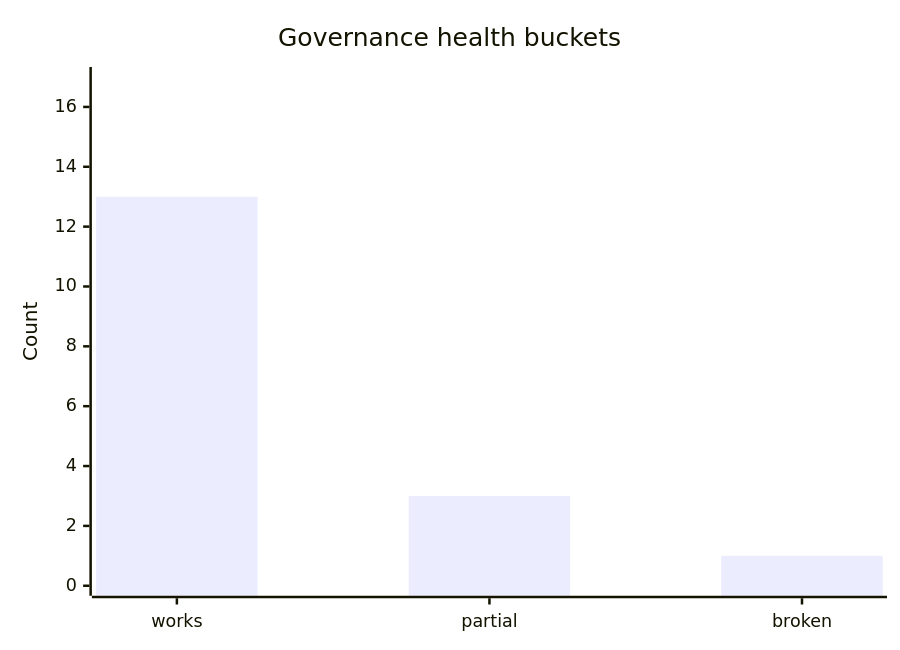
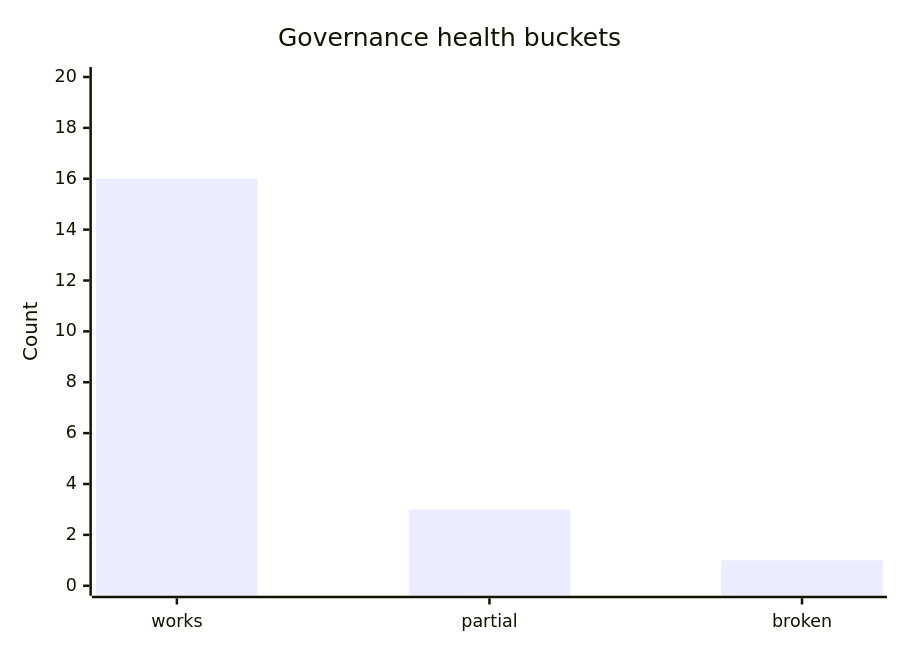
One commit to SH99999/mediastreamer changed the diagram in reports/status/governance.md. Above: the diagram before and after it, drawn with Mermaid. The commit also changed other lines of this file and 26 other files, not shown here.

````diff
--- a/reports/status/governance.md
+++ b/reports/status/governance.md
@@ -35,7 +42,7 @@
 ```mermaid
 xychart-beta
     title "Governance health buckets"
     x-axis ["works", "partial", "broken"]
-    y-axis "Count" 0 --> 17
-    bar [13, 3, 1]
+    y-axis "Count" 0 --> 20
+    bar [16, 3, 1]
 ```
````
